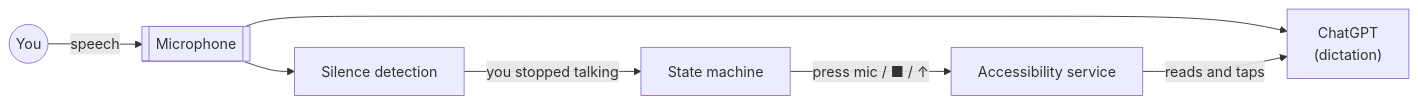
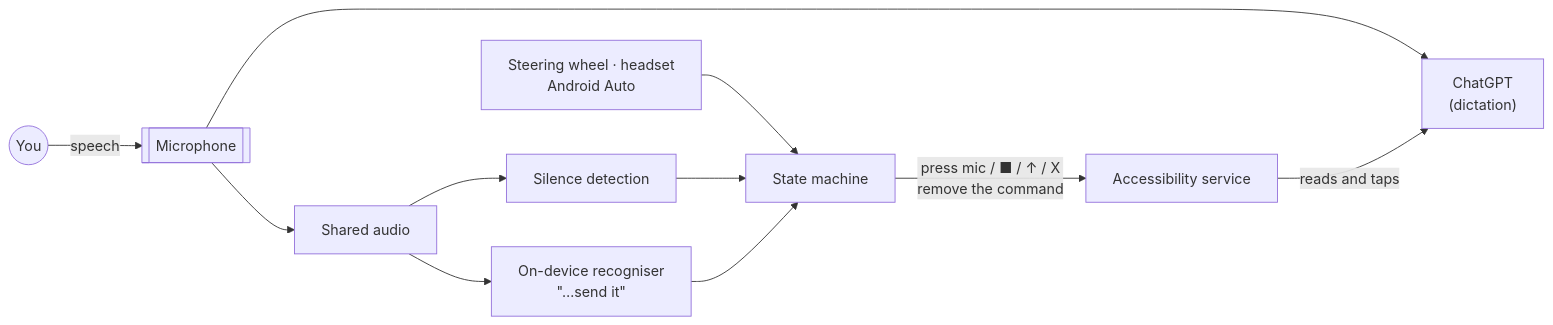
One commit to WillPastor/handsfree-gpt changed the diagram in README.md. Above: the diagram before and after it, drawn with Mermaid. The commit also changed other lines of this file and 6 other files, not shown here.

````diff
--- a/README.md
+++ b/README.md
@@ -66,9 +85,13 @@
 ```mermaid
 flowchart LR
     you((You)) -- speech --> mic[[Microphone]]
     mic --> chatgpt["ChatGPT<br/>(dictation)"]
-    mic --> vad["Silence detection"]
-    vad -- "you stopped talking" --> ctrl[State machine]
-    ctrl -- "press mic / ■ / ↑" --> a11y[Accessibility service]
+    mic --> tap["Shared audio"]
+    tap --> vad["Silence detection"]
+    tap --> asr["On-device recogniser<br/>&quot;…send it&quot;"]
+    buttons["Steering wheel · headset<br/>Android Auto"] --> ctrl
+    vad --> ctrl[State machine]
+    asr --> ctrl
+    ctrl -- "press mic / ■ / ↑ / X<br/>remove the command" --> a11y[Accessibility service]
     a11y -- "reads and taps" --> chatgpt
 ```
````
